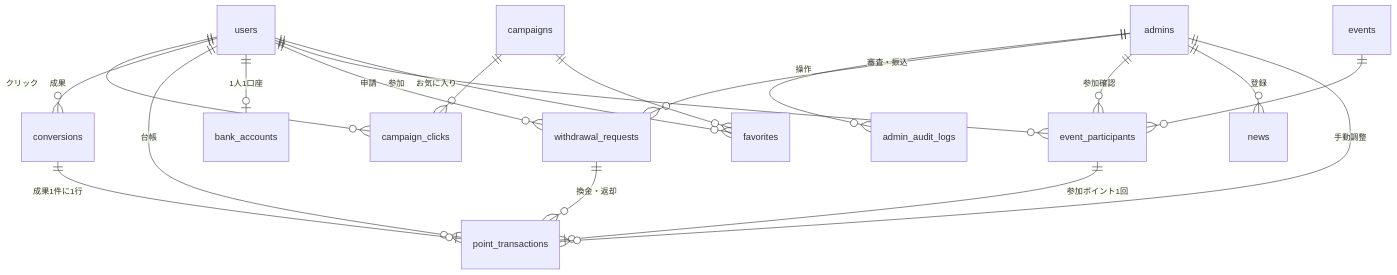
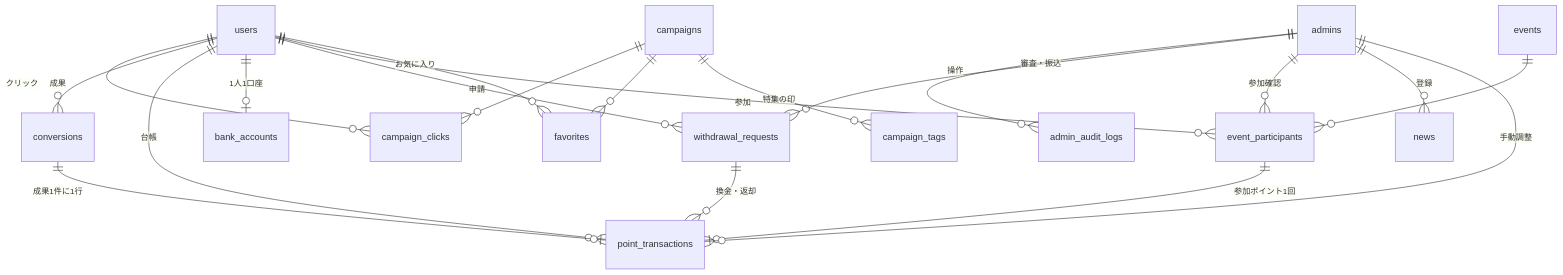
Before and after one commit to mizu15963/POIFO: the diagram in docs/specs/database.md, drawn with Mermaid. The commit also changed other lines of this file and 30 other files, not shown here.

````diff
--- a/docs/specs/database.md
+++ b/docs/specs/database.md
@@ -32,21 +33,22 @@
 ```mermaid
 erDiagram
     users ||--o{ campaign_clicks : "クリック"
     campaigns ||--o{ campaign_clicks : ""
     users ||--o{ conversions : "成果"
     users ||--o{ point_transactions : "台帳"
     conversions ||--o| point_transactions : "成果1件に1行"
     withdrawal_requests ||--o{ point_transactions : "換金・返却"
     event_participants ||--o| point_transactions : "参加ポイント1回"
     users ||--o| bank_accounts : "1人1口座"
     users ||--o{ withdrawal_requests : "申請"
     events ||--o{ event_participants : ""
     users ||--o{ event_participants : "参加"
     admins ||--o{ admin_audit_logs : "操作"
     admins ||--o{ withdrawal_requests : "審査・振込"
     admins ||--o{ event_participants : "参加確認"
     users ||--o{ favorites : "お気に入り"
     campaigns ||--o{ favorites : ""
+    campaigns ||--o{ campaign_tags : "特集の印"
     admins ||--o{ news : "登録"
     admins ||--o{ point_transactions : "手動調整"
 ```
````
